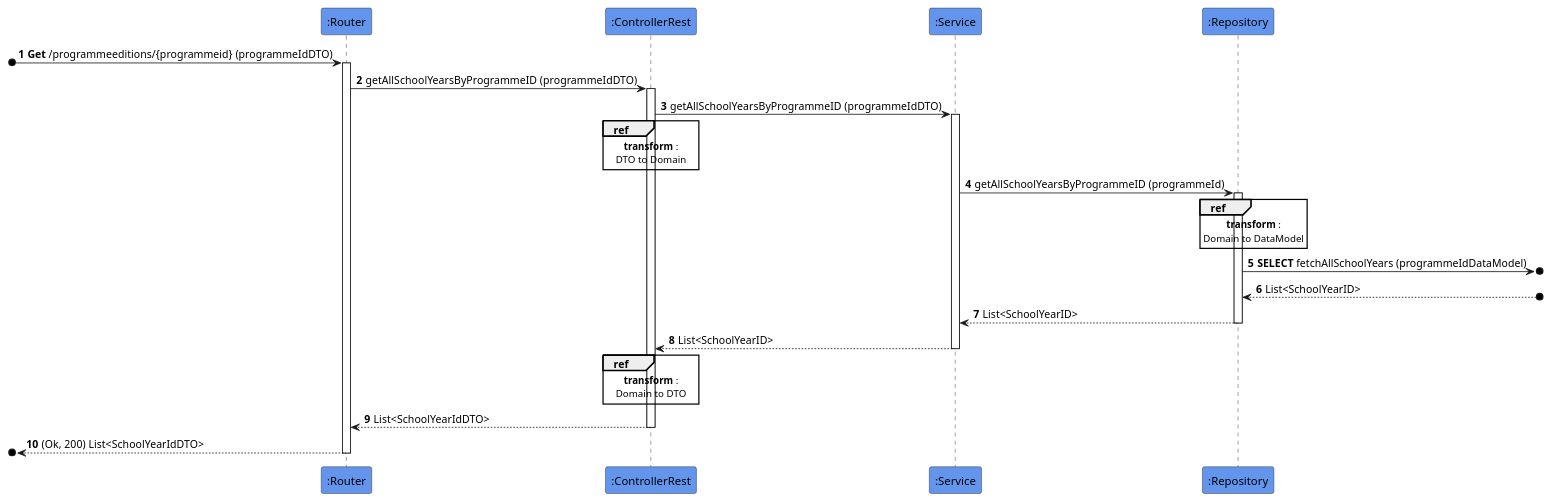
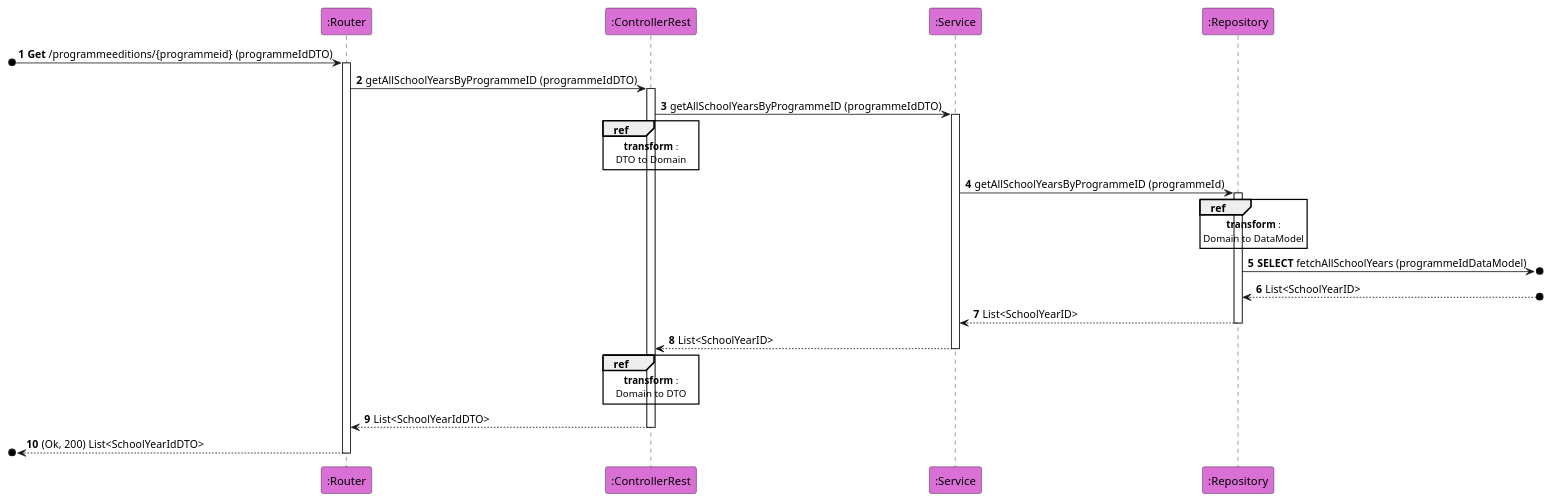
Before and after one commit to GasparISEP/DevOps-PAI: the diagram in docs/US34/Sprint7/ProcessView/Level3getSchoolYears.puml, drawn with PlantUML. The commit also changed 1 other file, not shown here.

Commit message:
docs: ProcessDiagram Level3 GetCourseEditions for US34 : Ref#646

```diff
--- a/docs/US34/Sprint7/ProcessView/Level3getSchoolYears.puml
+++ b/docs/US34/Sprint7/ProcessView/Level3getSchoolYears.puml
@@ -1,40 +1,40 @@
 @startuml
 'https://plantuml.com/sequence-diagram
 
 autonumber
 
-participant ":Router" as r #cornflowerblue
-participant ":ControllerRest" as c #cornflowerblue
-participant ":Service" as s #cornflowerblue
-participant ":Repository" as rep #cornflowerblue
+participant ":Router" as r #orchid
+participant ":ControllerRest" as c #orchid
+participant ":Service" as s #orchid
+participant ":Repository" as rep #orchid
 
 
 [o-> r++ : **Get** /programmeeditions/{programmeid} (programmeIdDTO)
 r->c++ : getAllSchoolYearsByProgrammeID (programmeIdDTO)
 c-> s++ : getAllSchoolYearsByProgrammeID (programmeIdDTO)
 
 ref over c, c
 **transform** :
 DTO to Domain
 end ref
 
 s-> rep++ : getAllSchoolYearsByProgrammeID (programmeId)
 
 ref over rep, rep
 **transform** :
 Domain to DataModel
 end ref
 
 rep ->o] : **SELECT** fetchAllSchoolYears (programmeIdDataModel)
 rep <--o] : List<SchoolYearID>
 rep --> s-- : List<SchoolYearID>
 s --> c-- : List<SchoolYearID>
 
 ref over c, c
 **transform** :
 Domain to DTO
 end ref
 
 c --> r-- : List<SchoolYearIdDTO>
 [o<-- r --: (Ok, 200) List<SchoolYearIdDTO>
 @enduml
```
